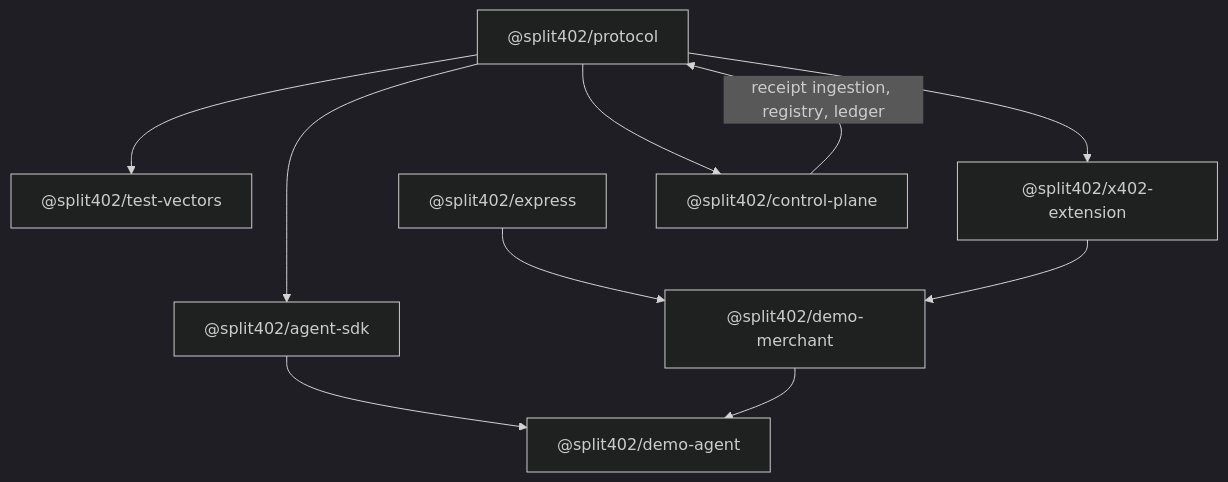
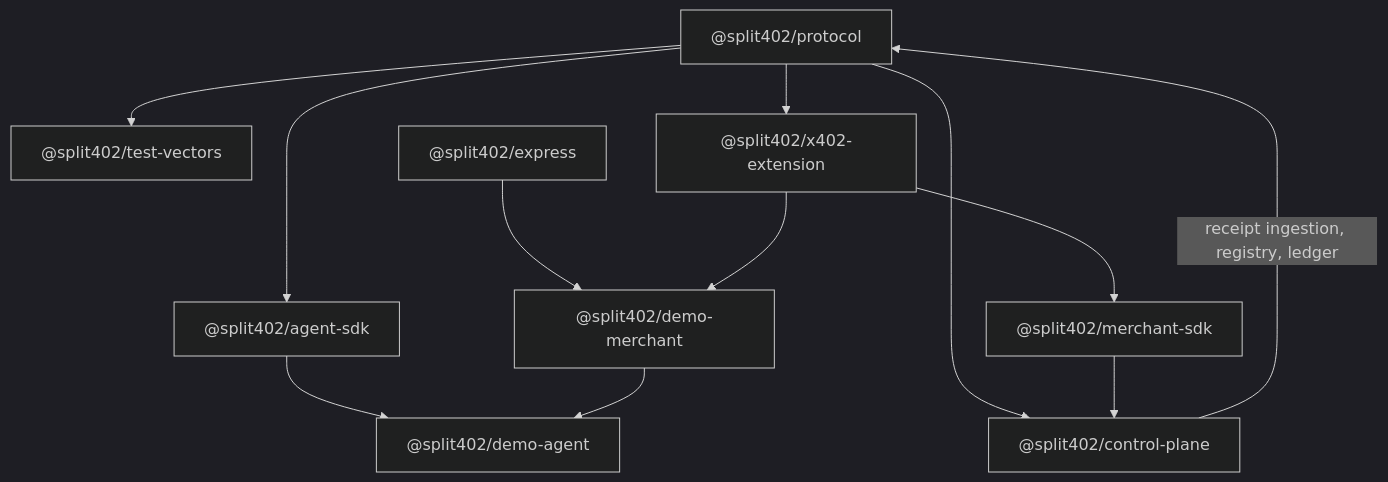
One commit to split402protocol/splitx402 changed the fifth of 8 diagrams in README.md. Above: the diagram before and after it, drawn with Mermaid (dark theme). The commit also changed other lines of this file and 11 other files, not shown here.

Commit message:
Add merchant receipt outbox SDK

````diff
--- a/README.md
+++ b/README.md
@@ -180,21 +181,24 @@
 ```mermaid
 flowchart TB
   Protocol["@split402/protocol"]
   Vectors["@split402/test-vectors"]
   Extension["@split402/x402-extension"]
   Express["@split402/express"]
   Agent["@split402/agent-sdk"]
+  MerchantSdk["@split402/merchant-sdk"]
   Merchant["@split402/demo-merchant"]
   DemoAgent["@split402/demo-agent"]
   Control["@split402/control-plane"]
 
   Protocol --> Vectors
   Protocol --> Extension
   Protocol --> Agent
   Protocol --> Control
   Express --> Merchant
   Extension --> Merchant
+  Extension --> MerchantSdk
   Agent --> DemoAgent
+  MerchantSdk --> Control
   Merchant --> DemoAgent
   Control -->|"receipt ingestion, registry, ledger"| Protocol
 ```
````
